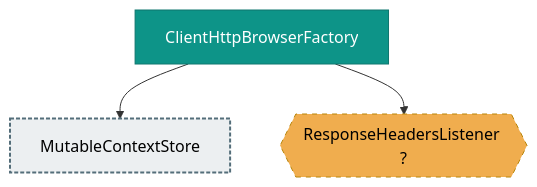
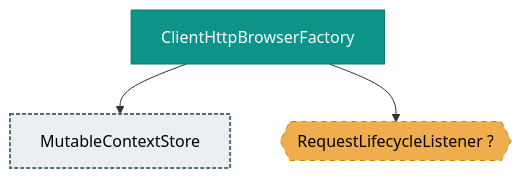
Before and after one commit to deanhiller/webpieces-ts: the diagram in packages/http/http-client-browser/design.md, drawn with Mermaid. The commit also changed 30 other files, not shown here.

First line of the commit message:
Add RequestLifecycleListener + ServiceInfo/REQUEST_ID_SOURCE; drop BunyanFactoryOptions (#407)

````diff
--- a/packages/http/http-client-browser/design.md
+++ b/packages/http/http-client-browser/design.md
@@ -13,15 +13,15 @@
 ```mermaid
 graph TD
     ClientHttpBrowserFactory["ClientHttpBrowserFactory"]:::apiImpl
     MutableContextStore["MutableContextStore"]:::many
-    ResponseHeadersListener{{"ResponseHeadersListener ?"}}:::unresolved
+    RequestLifecycleListener{{"RequestLifecycleListener ?"}}:::unresolved
     ClientHttpBrowserFactory --> MutableContextStore
-    ClientHttpBrowserFactory --> ResponseHeadersListener
+    ClientHttpBrowserFactory --> RequestLifecycleListener
     classDef controller fill:#1f6feb,color:#ffffff,stroke:#0d419d
     classDef apiImpl fill:#0d9488,color:#ffffff,stroke:#0f766e
     classDef component fill:#2da44e,color:#ffffff,stroke:#1a7f37
     classDef unresolved fill:#f0ad4e,color:#000000,stroke:#b8860b,stroke-dasharray: 5 5
     classDef external fill:#b39ddb,color:#000000,stroke:#5e35b1,stroke-width:3px
     classDef api fill:#4fc3f7,color:#000000,stroke:#0277bd,stroke-width:3px
     classDef many fill:#eceff1,color:#000000,stroke:#546e7a,stroke-width:2px,stroke-dasharray: 4 2
 ```
````
